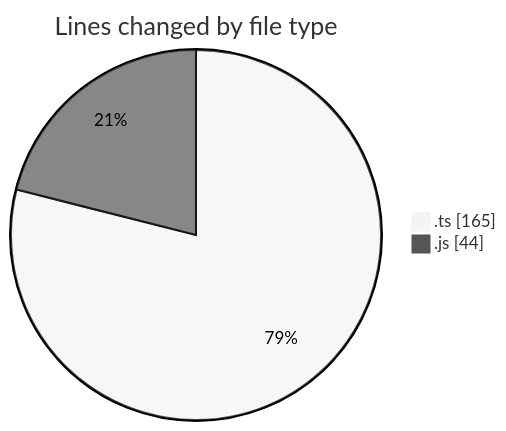
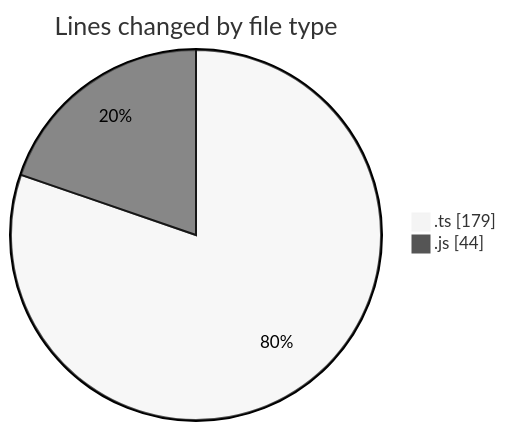
Before and after one commit to momahboobian/code-tracking: the first of 2 diagrams in 2026-08-03/cda/README.md, drawn with Mermaid (neutral theme). The commit also changed other lines of this file and 1 other file, not shown here.

````diff
--- a/2026-08-03/cda/README.md
+++ b/2026-08-03/cda/README.md
@@ -26,6 +26,6 @@
 ```mermaid
 pie showData
 title Lines changed by file type
-".ts" : 165
+".ts" : 179
 ".js" : 44
 ```
````
